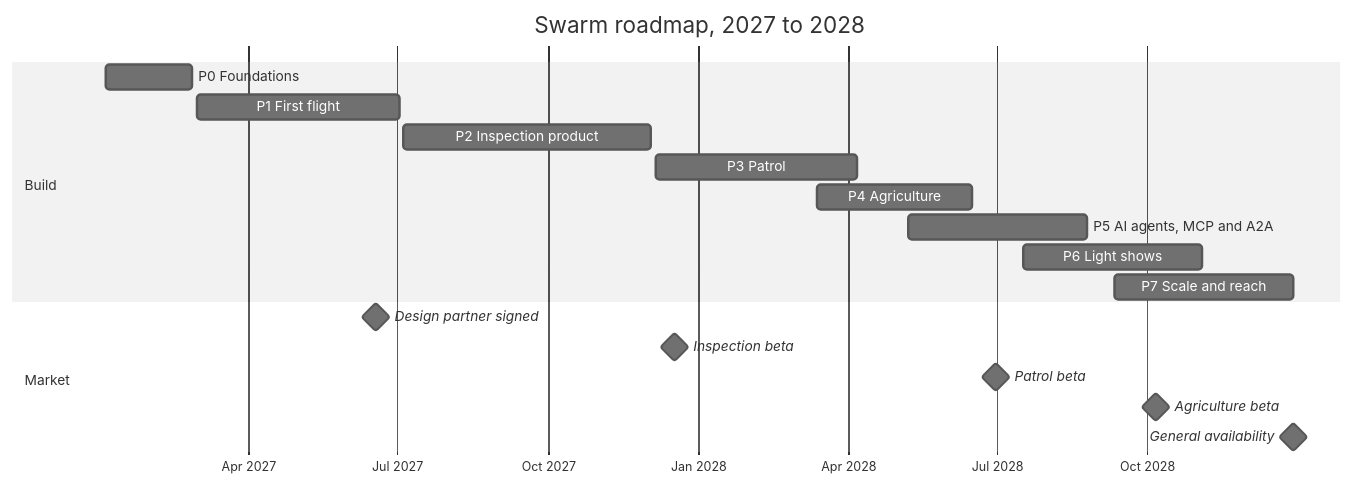
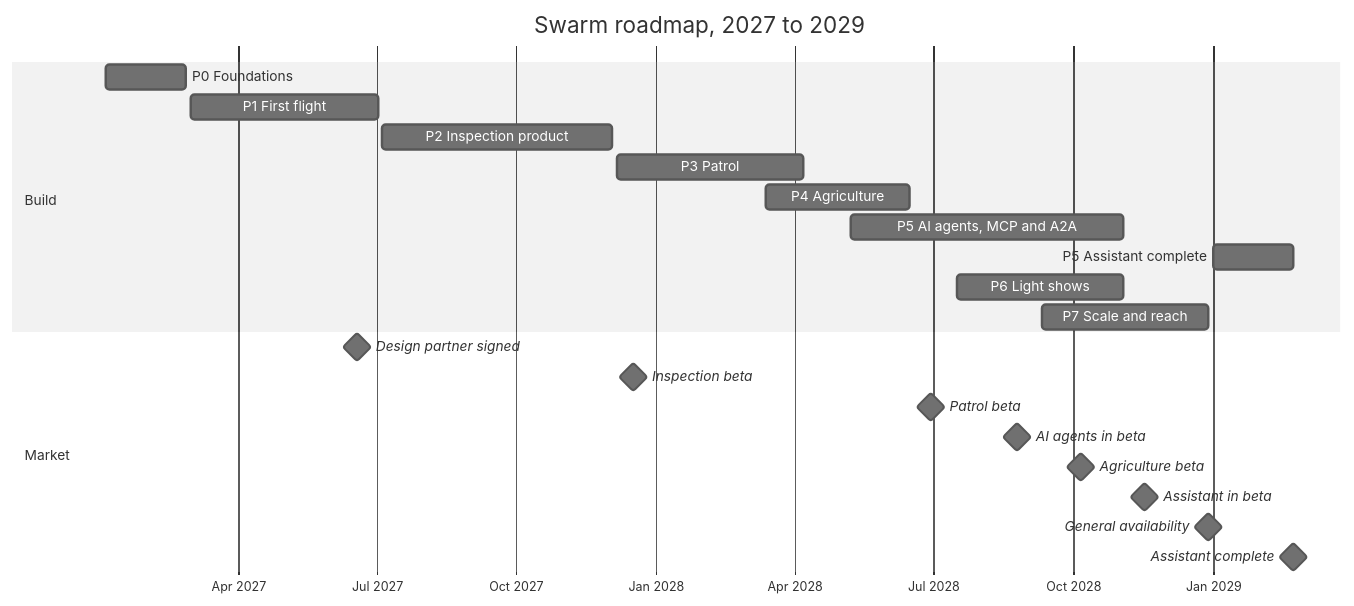
The diagram in docs/specs/roadmap/README.md (gpbcom/swarm), drawn with Mermaid (neutral theme) before and after one commit. The commit also changed other lines of this file and 186 other files, not shown here.

````diff
--- a/docs/specs/roadmap/README.md
+++ b/docs/specs/roadmap/README.md
@@ -39,21 +39,25 @@
 ```mermaid
 gantt
-    title Swarm roadmap, 2027 to 2028
+    title Swarm roadmap, 2027 to 2029
     dateFormat YYYY-MM-DD
     axisFormat %b %Y
     section Build
     P0 Foundations                 :p0, 2027-01-04, 2027-02-26
     P1 First flight                :p1, 2027-03-01, 2027-07-02
     P2 Inspection product          :p2, 2027-07-05, 2027-12-03
     P3 Patrol                      :p3, 2027-12-06, 2028-04-07
     P4 Agriculture                 :p4, 2028-03-13, 2028-06-16
-    P5 AI agents, MCP and A2A      :p5, 2028-05-08, 2028-08-25
+    P5 AI agents, MCP and A2A      :p5, 2028-05-08, 2028-11-03
+    P5 Assistant complete          :p5c, 2029-01-01, 2029-02-23
     P6 Light shows                 :p6, 2028-07-17, 2028-11-03
     P7 Scale and reach             :p7, 2028-09-11, 2028-12-29
     section Market
     Design partner signed          :milestone, 2027-06-18, 0d
     Inspection beta                :milestone, 2027-12-17, 0d
     Patrol beta                    :milestone, 2028-06-30, 0d
+    AI agents in beta              :milestone, 2028-08-25, 0d
     Agriculture beta               :milestone, 2028-10-06, 0d
+    Assistant in beta              :milestone, 2028-11-17, 0d
     General availability           :milestone, 2028-12-29, 0d
+    Assistant complete             :milestone, 2029-02-23, 0d
 ```
````
